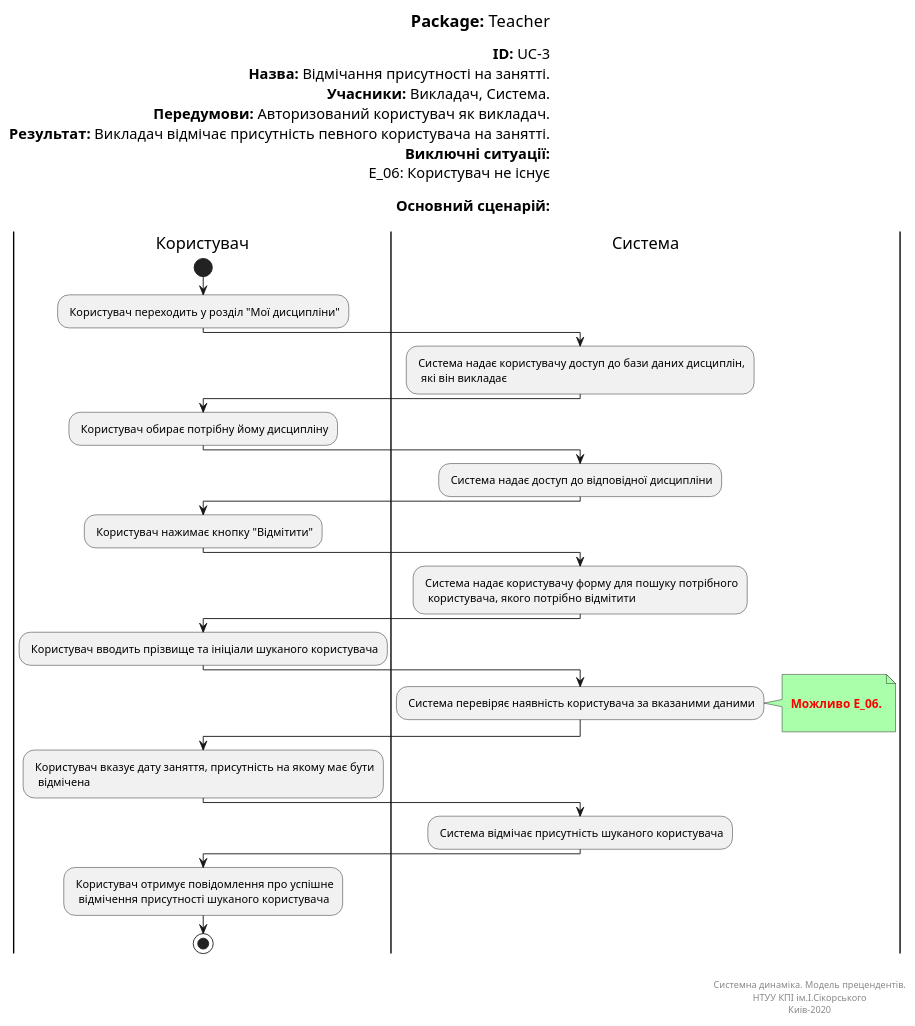
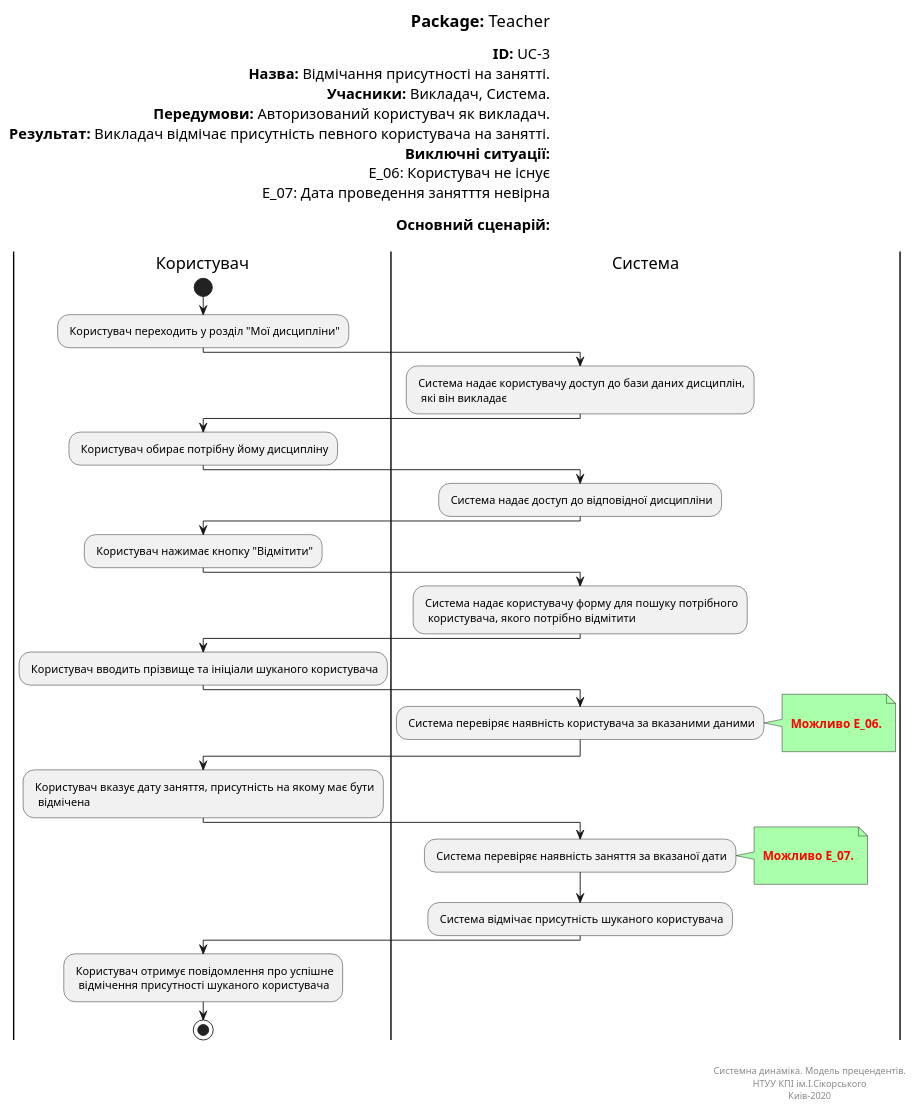
Before and after one commit to vladlinu/TeamOne: the diagram in docs/UML_Diagrams/scenarios/teacher/diagrams/UC_3.pu, drawn with PlantUML.

```diff
--- a/docs/UML_Diagrams/scenarios/teacher/diagrams/UC_3.pu
+++ b/docs/UML_Diagrams/scenarios/teacher/diagrams/UC_3.pu
@@ -1,71 +1,80 @@
 @startuml
 left header
 <font color=000 size=18><b>Package:</b> Teacher
 
 <font color=000 size=16><b>ID:</b> UC-3
 <font color=000 size=16><b>Назва:</b> Відмічання присутності на занятті.
 <font color=000 size=16><b>Учасники:</b> Викладач, Система.
 <font color=000 size=16><b>Передумови:</b> Авторизований користувач як викладач.
 <font color=000 size=16><b>Результат:</b> Викладач відмічає присутність певного користувача на занятті.
 <font color=000 size=16><b>Виключні ситуації:</b>
 <font color=000 size=16> E_06: Користувач не існує
+<font color=000 size=16> E_07: Дата проведення занятття невірна
 
 <font color=000 size=16><b>Основний сценарій:</b>
 
 end header
 
 |Користувач|
 start
 : Користувач переходить у розділ "Мої дисципліни";
 
 |Система|
 : Система надає користувачу доступ до бази даних дисциплін, 
   які він викладає;
    
 |Користувач|
 : Користувач обирає потрібну йому дисципліну;   
 
 |Система|
 : Система надає доступ до відповідної дисципліни;
 
 |Користувач|
 : Користувач нажимає кнопку "Відмітити";   
 
 |Система|
 : Система надає користувачу форму для пошуку потрібного
   користувача, якого потрібно відмітити;
 
 |Користувач|
 : Користувач вводить прізвище та ініціали шуканого користувача;
 
 |Система|
 : Система перевіряє наявність користувача за вказаними даними;
 
 note right #aaffaa
 
 <font color=red><b> Можливо E_06.
 
 end note
 
 |Користувач|
 : Користувач вказує дату заняття, присутність на якому має бути
   відмічена;
   
+|Система|
+: Система перевіряє наявність заняття за вказаної дати;
+note right #aaffaa
+
+<font color=red><b> Можливо E_07.
+
+end note  
+
 |Система|  
 : Система відмічає присутність шуканого користувача;
 
 |Користувач|
 
 : Користувач отримує повідомлення про успішне
   відмічення присутності шуканого користувача;
 
 stop;
 
 right footer
 
 
 Системна динаміка. Модель прецендентів.
 НТУУ КПІ ім.І.Сікорського
 Киів-2020
 end footer
 @enduml
```
